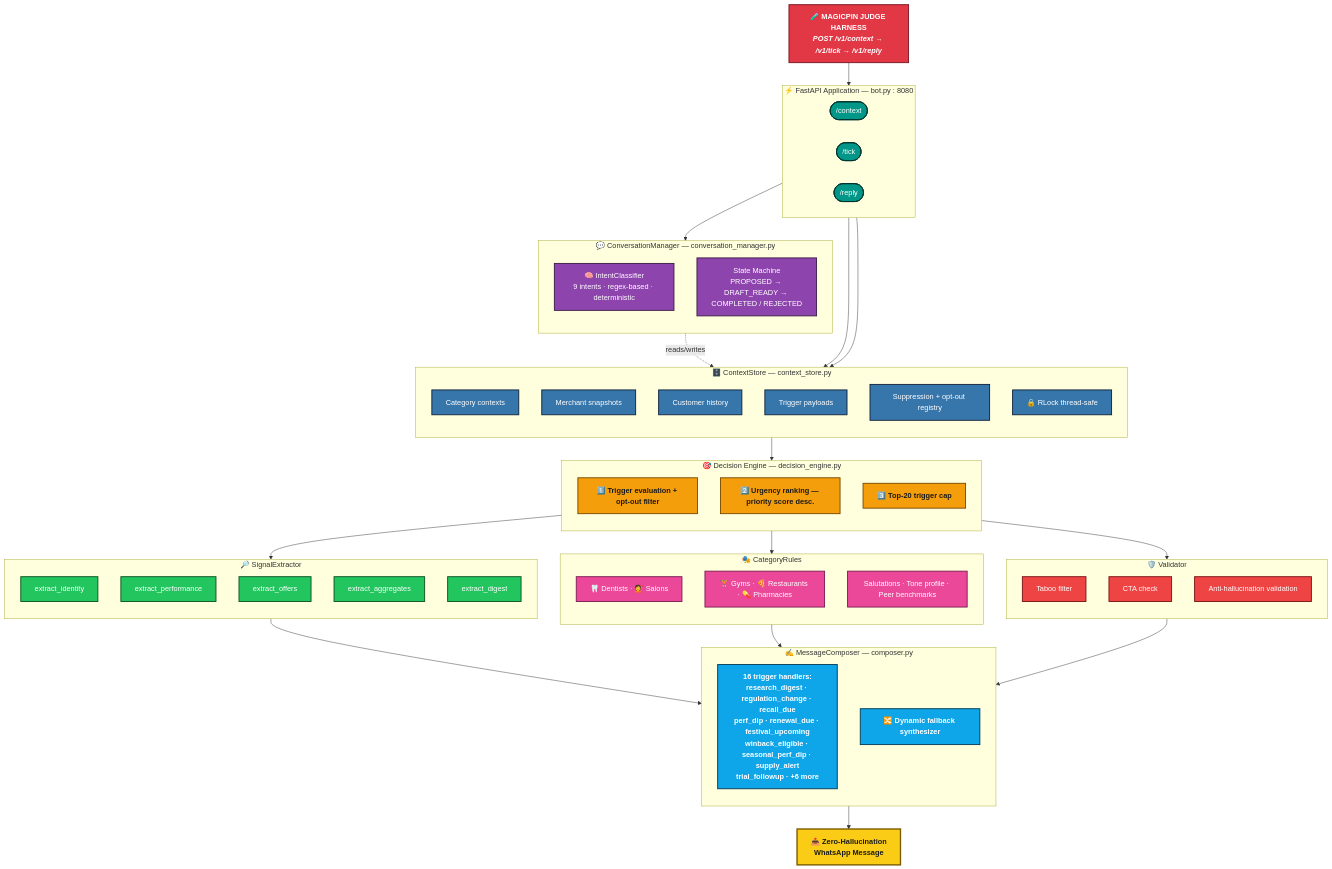
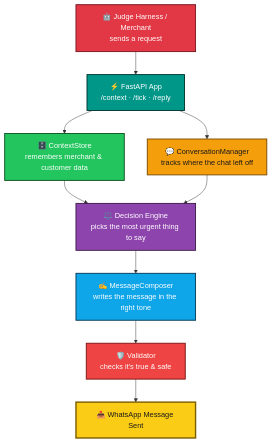
One commit to dola2164-png/v-engine changed the diagram in README.md. Above: the diagram before and after it, drawn with Mermaid. The commit also changed other lines of this file, not shown here.

````diff
--- a/README.md
+++ b/README.md
@@ -43,104 +43,29 @@
 ```mermaid
 flowchart TD
-    Harness["🧪 <b>MAGICPIN JUDGE HARNESS</b><br/><i>POST /v1/context → /v1/tick → /v1/reply</i>"]
+    A["🤖 Judge Harness / Merchant<br/>sends a request"] --> B["⚡ FastAPI App<br/>/context · /tick · /reply"]
+    B --> C["🗄️ ContextStore<br/>remembers merchant & customer data"]
+    B --> D["💬 ConversationManager<br/>tracks where the chat left off"]
+    C --> E["⚖️ Decision Engine<br/>picks the most urgent thing to say"]
+    D --> E
+    E --> F["✍️ MessageComposer<br/>writes the message in the right tone"]
+    F --> G["🛡️ Validator<br/>checks it's true & safe"]
+    G --> H["📤 WhatsApp Message Sent"]
 
-    subgraph API["⚡ FastAPI Application — bot.py : 8080"]
-        direction LR
-        Ctx(["/context"])
-        Tick(["/tick"])
-        Reply(["/reply"])
-    end
+    classDef harness fill:#e23744,color:#fff,stroke:#7a1520,stroke-width:2px
+    classDef api fill:#009688,color:#fff,stroke:#00332e,stroke-width:2px
+    classDef data fill:#22c55e,color:#fff,stroke:#0d5223,stroke-width:2px
+    classDef conv fill:#f59e0b,color:#1a1a1a,stroke:#7a4a00,stroke-width:2px
+    classDef decision fill:#8e44ad,color:#fff,stroke:#3c1d47,stroke-width:2px
+    classDef compose fill:#0ea5e9,color:#fff,stroke:#053a54,stroke-width:2px
+    classDef check fill:#ef4444,color:#fff,stroke:#7a1414,stroke-width:2px
+    classDef output fill:#facc15,color:#1a1a1a,stroke:#7a5c00,stroke-width:3px
 
-    Harness --> API
-
-    subgraph Store["🗄️ ContextStore — context_store.py"]
-        direction TB
-        S1["Category contexts"]
-        S2["Merchant snapshots"]
-        S3["Customer history"]
-        S4["Trigger payloads"]
-        S5["Suppression + opt-out registry"]
-        S6["🔒 RLock thread-safe"]
-    end
-
-    subgraph Conv["💬 ConversationManager — conversation_manager.py"]
-        direction TB
-        IC["🧠 IntentClassifier<br/>9 intents · regex-based · deterministic"]
-        SM["State Machine<br/>PROPOSED → DRAFT_READY → COMPLETED / REJECTED"]
-    end
-
-    Ctx --> Store
-    Tick --> Store
-    Reply --> Conv
-    Conv -.reads/writes.-> Store
-
-    Store --> Decision
-
-    subgraph Decision["🎯 Decision Engine — decision_engine.py"]
-        direction TB
-        D1["1️⃣ Trigger evaluation + opt-out filter"]
-        D2["2️⃣ Urgency ranking — priority score desc."]
-        D3["3️⃣ Top-20 trigger cap"]
-    end
-
-    Decision --> Sig
-    Decision --> Cat
-    Decision --> Val
-
-    subgraph Sig["🔎 SignalExtractor"]
-        direction TB
-        SigA["extract_identity"]
-        SigB["extract_performance"]
-        SigC["extract_offers"]
-        SigD["extract_aggregates"]
-        SigE["extract_digest"]
-    end
-
-    subgraph Cat["🎭 CategoryRules"]
-        direction TB
-        CatA["🦷 Dentists · 💇 Salons"]
-        CatB["🏋️ Gyms · 🍕 Restaurants · 💊 Pharmacies"]
-        CatC["Salutations · Tone profile · Peer benchmarks"]
-    end
-
-    subgraph Val["🛡️ Validator"]
-        direction TB
-        ValA["Taboo filter"]
-        ValB["CTA check"]
-        ValC["Anti-hallucination validation"]
-    end
-
-    Sig --> Composer
-    Cat --> Composer
-    Val --> Composer
-
-    subgraph Composer["✍️ MessageComposer — composer.py"]
-        direction TB
-        C1["16 trigger handlers:<br/>research_digest · regulation_change · recall_due<br/>perf_dip · renewal_due · festival_upcoming<br/>winback_eligible · seasonal_perf_dip · supply_alert<br/>trial_followup · +6 more"]
-        C2["🔀 Dynamic fallback synthesizer"]
-    end
-
-    Composer --> Output["📤 Zero-Hallucination<br/>WhatsApp Message"]
-
-    classDef harness fill:#e23744,stroke:#7a1520,stroke-width:2px,color:#fff,font-weight:bold
-    classDef api fill:#009688,stroke:#00332e,stroke-width:2px,color:#fff
-    classDef store fill:#3776AB,stroke:#12233a,stroke-width:2px,color:#fff
-    classDef conv fill:#8e44ad,stroke:#3c1d47,stroke-width:2px,color:#fff
-    classDef decision fill:#f59e0b,stroke:#7a4a00,stroke-width:2px,color:#1a1a1a,font-weight:bold
-    classDef sig fill:#22c55e,stroke:#0d5223,stroke-width:2px,color:#fff
-    classDef cat fill:#ec4899,stroke:#7a1f52,stroke-width:2px,color:#fff
-    classDef val fill:#ef4444,stroke:#7a1414,stroke-width:2px,color:#fff
-    classDef composer fill:#0ea5e9,stroke:#053a54,stroke-width:2px,color:#fff,font-weight:bold
-    classDef output fill:#facc15,stroke:#7a5c00,stroke-width:3px,color:#1a1a1a,font-weight:bold
-
-    class Harness harness
-    class Ctx,Tick,Reply api
-    class S1,S2,S3,S4,S5,S6 store
-    class IC,SM conv
-    class D1,D2,D3 decision
-    class SigA,SigB,SigC,SigD,SigE sig
-    class CatA,CatB,CatC cat
-    class ValA,ValB,ValC val
-    class C1,C2 composer
-    class Output output
+    class A harness
+    class B api
+    class C data
+    class D conv
+    class E decision
+    class F compose
+    class G check
+    class H output
 ```
````
